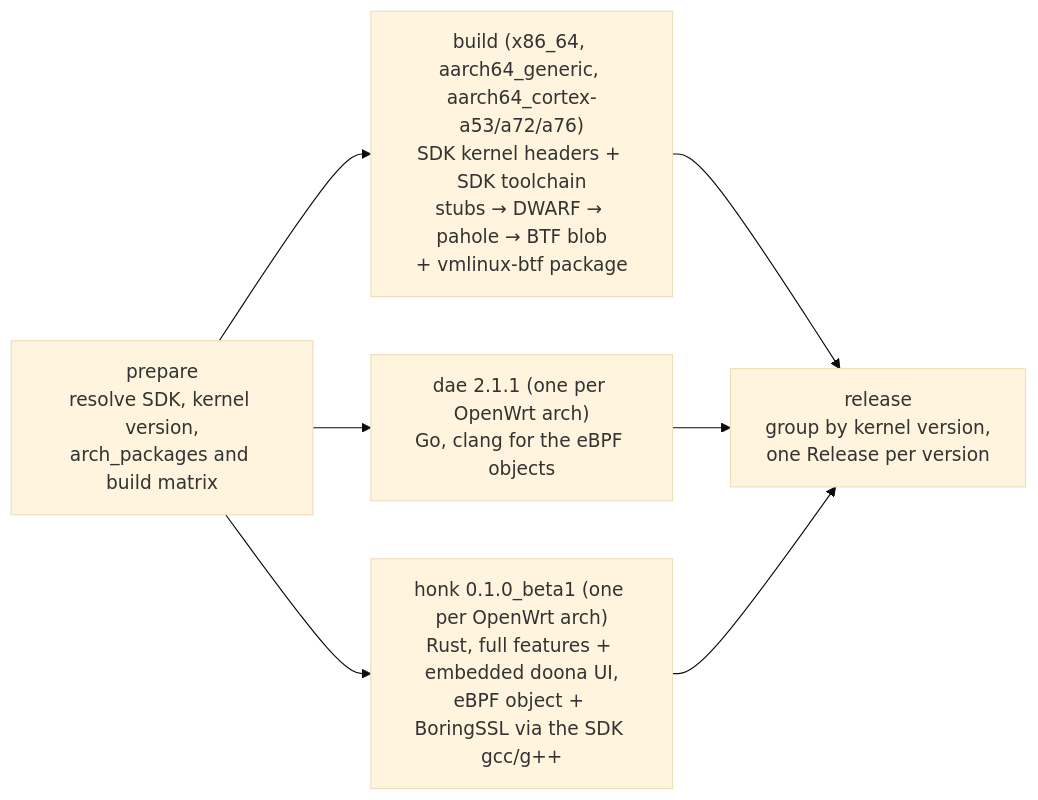
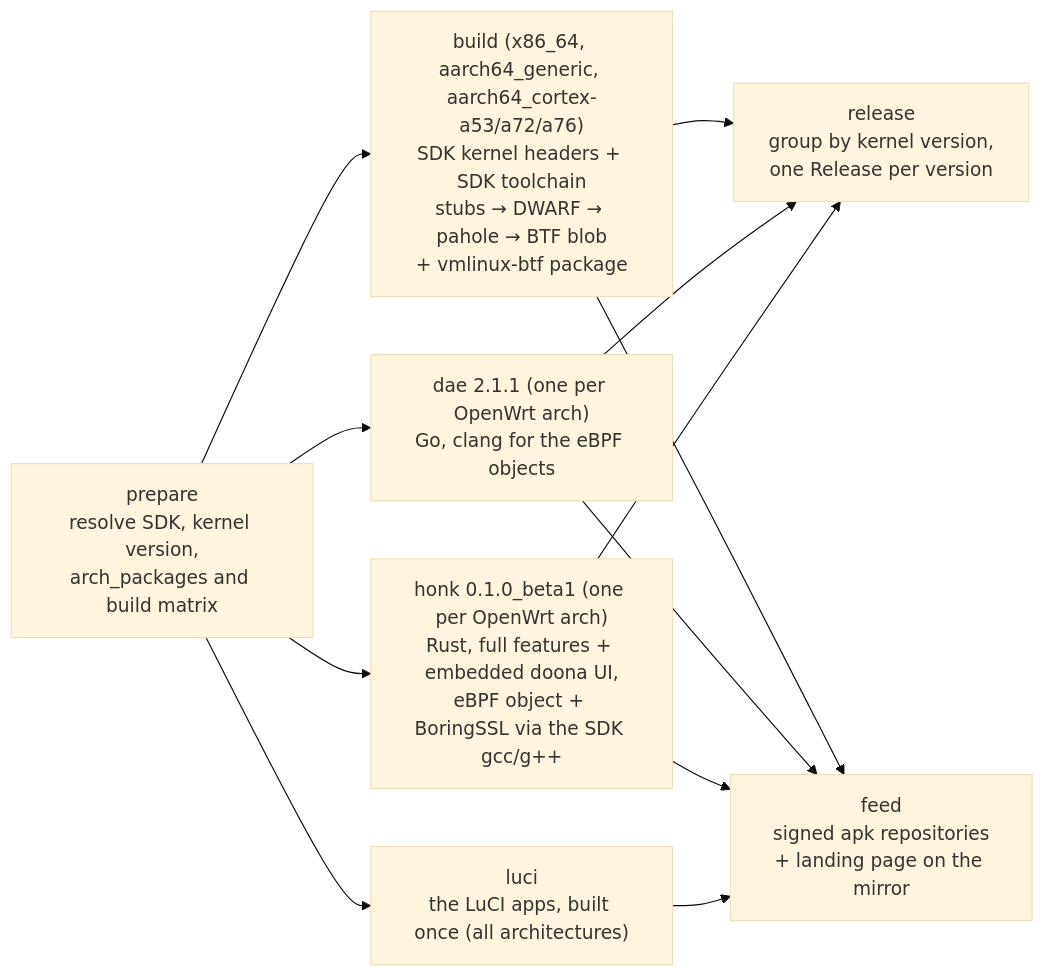
One commit to Zakkaus/openwrt-packages changed the diagram in README.md. Above: the diagram before and after it, drawn with Mermaid (base theme). The commit also changed other lines of this file, not shown here.

Commit message:
docs: describe the LuCI apps, the package feed and the version policy

````diff
--- a/README.md
+++ b/README.md
@@ -295,14 +394,21 @@
 ```mermaid
 flowchart LR
   P["prepare<br/>resolve SDK, kernel version,<br/>arch_packages and build matrix"]
   K["build (x86_64, aarch64_generic, aarch64_cortex-a53/a72/a76)<br/>SDK kernel headers + SDK toolchain<br/>stubs → DWARF → pahole → BTF blob<br/>+ vmlinux-btf package"]
   D["dae 2.1.1 (one per OpenWrt arch)<br/>Go, clang for the eBPF objects"]
   H["honk 0.1.0_beta1 (one per OpenWrt arch)<br/>Rust, full features + embedded doona UI,<br/>eBPF object + BoringSSL via the SDK gcc/g++"]
+  L["luci<br/>the LuCI apps, built once (all architectures)"]
   R["release<br/>group by kernel version,<br/>one Release per version"]
+  F["feed<br/>signed apk repositories<br/>+ landing page on the mirror"]
   P --> K
   P --> D
   P --> H
+  P --> L
   K --> R
   D --> R
   H --> R
+  K --> F
+  D --> F
+  H --> F
+  L --> F
 ```
````
